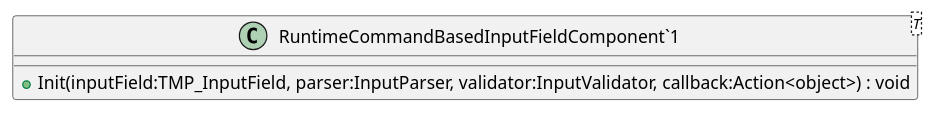
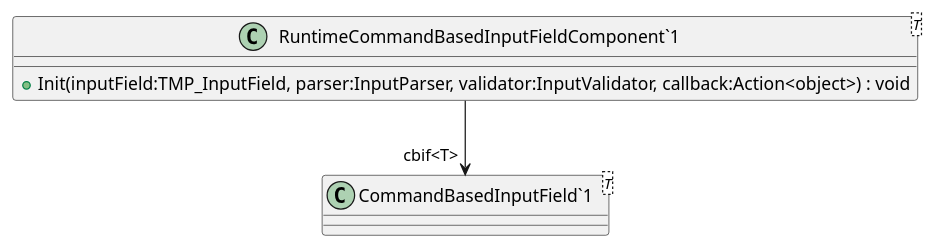
The diagram in UML/CommandBasedComponents/SupportingScripts/RuntimeCommandBasedInputFieldComponent.puml (streepje8/ToolDev2023), drawn with PlantUML before and after one commit. The commit also changed 3 other files, not shown here.

Commit message:
Generate UML (Generate UML)

```diff
--- a/UML/CommandBasedComponents/SupportingScripts/RuntimeCommandBasedInputFieldComponent.puml
+++ b/UML/CommandBasedComponents/SupportingScripts/RuntimeCommandBasedInputFieldComponent.puml
@@ -1,5 +1,8 @@
 @startuml
 class "RuntimeCommandBasedInputFieldComponent`1"<T> {
     + Init(inputField:TMP_InputField, parser:InputParser, validator:InputValidator, callback:Action<object>) : void
 }
+class "CommandBasedInputField`1"<T> {
+}
+"RuntimeCommandBasedInputFieldComponent`1" --> "cbif<T>" "CommandBasedInputField`1"
 @enduml
```
